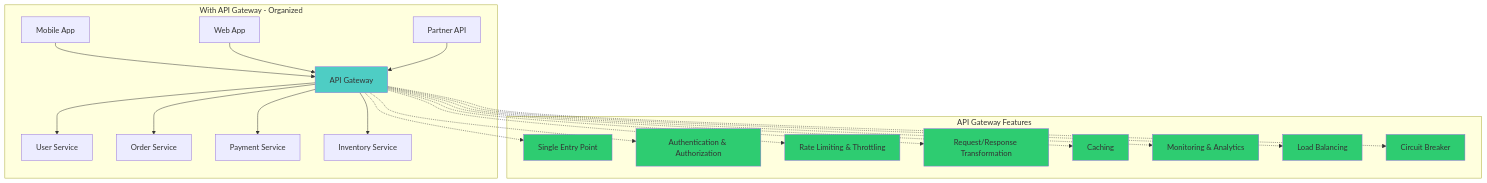
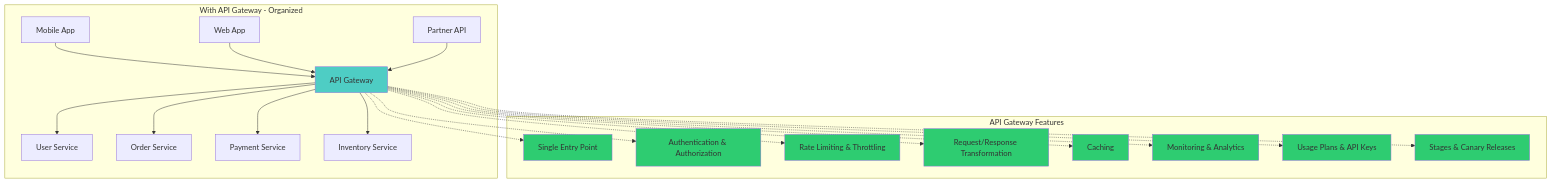
Before and after one commit to yennanliu/yennj12_blog_V4: the second of 4 diagrams in content/posts/aws-api-gateway-comprehensive-guide-comparison.md, drawn with Mermaid. The commit also changed other lines of this file and 55 other files, not shown here.

````diff
--- a/content/posts/aws-api-gateway-comprehensive-guide-comparison.md
+++ b/content/posts/aws-api-gateway-comprehensive-guide-comparison.md
@@ -71,43 +73,43 @@
 ```mermaid
 graph TD
     subgraph "With API Gateway - Organized"
         C1[Mobile App] --> AG[API Gateway]
         C2[Web App] --> AG
         C3[Partner API] --> AG
 
         AG --> S1[User Service]
         AG --> S2[Order Service]
         AG --> S3[Payment Service]
         AG --> S4[Inventory Service]
     end
 
     subgraph "API Gateway Features"
         F1[Single Entry Point]
         F2[Authentication & Authorization]
         F3[Rate Limiting & Throttling]
         F4[Request/Response Transformation]
         F5[Caching]
         F6[Monitoring & Analytics]
-        F7[Load Balancing]
-        F8[Circuit Breaker]
+        F7[Usage Plans & API Keys]
+        F8[Stages & Canary Releases]
     end
 
     AG -.-> F1
     AG -.-> F2
     AG -.-> F3
     AG -.-> F4
     AG -.-> F5
     AG -.-> F6
     AG -.-> F7
     AG -.-> F8
 
     style AG fill:#4ecdc4
     style F1 fill:#2ecc71
     style F2 fill:#2ecc71
     style F3 fill:#2ecc71
     style F4 fill:#2ecc71
     style F5 fill:#2ecc71
     style F6 fill:#2ecc71
     style F7 fill:#2ecc71
     style F8 fill:#2ecc71
 ```
````
